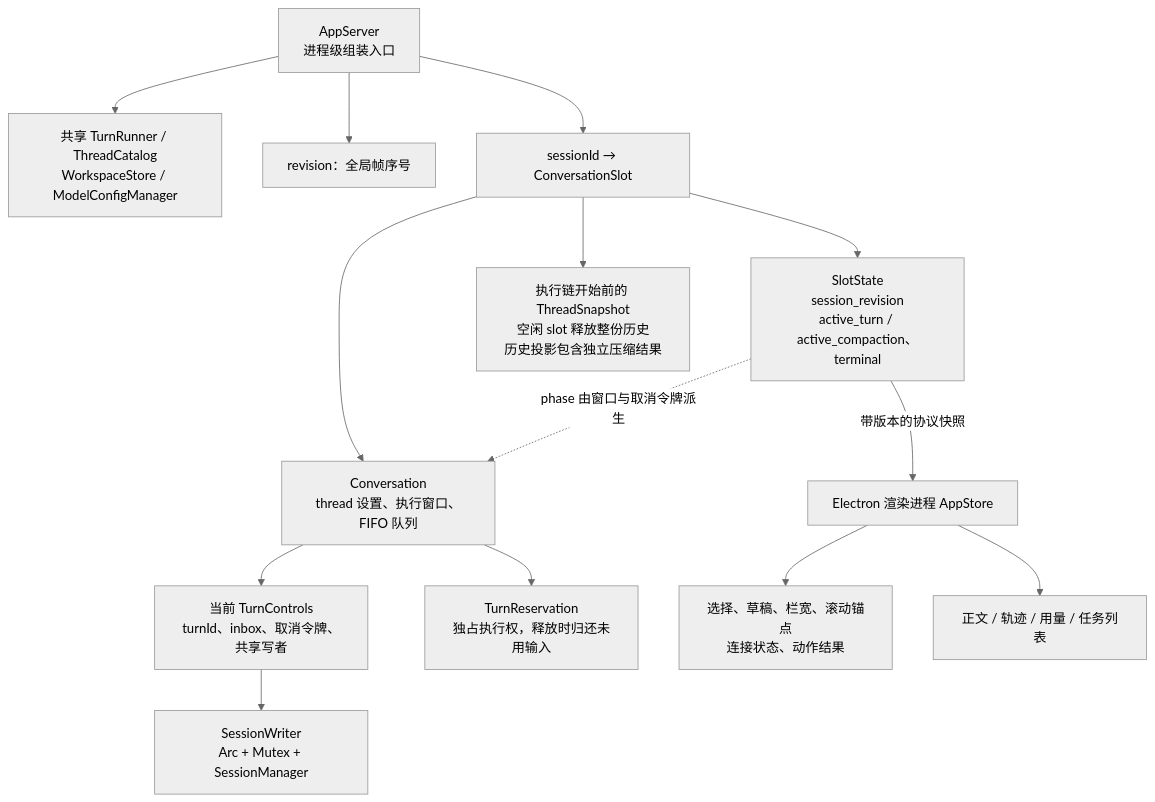
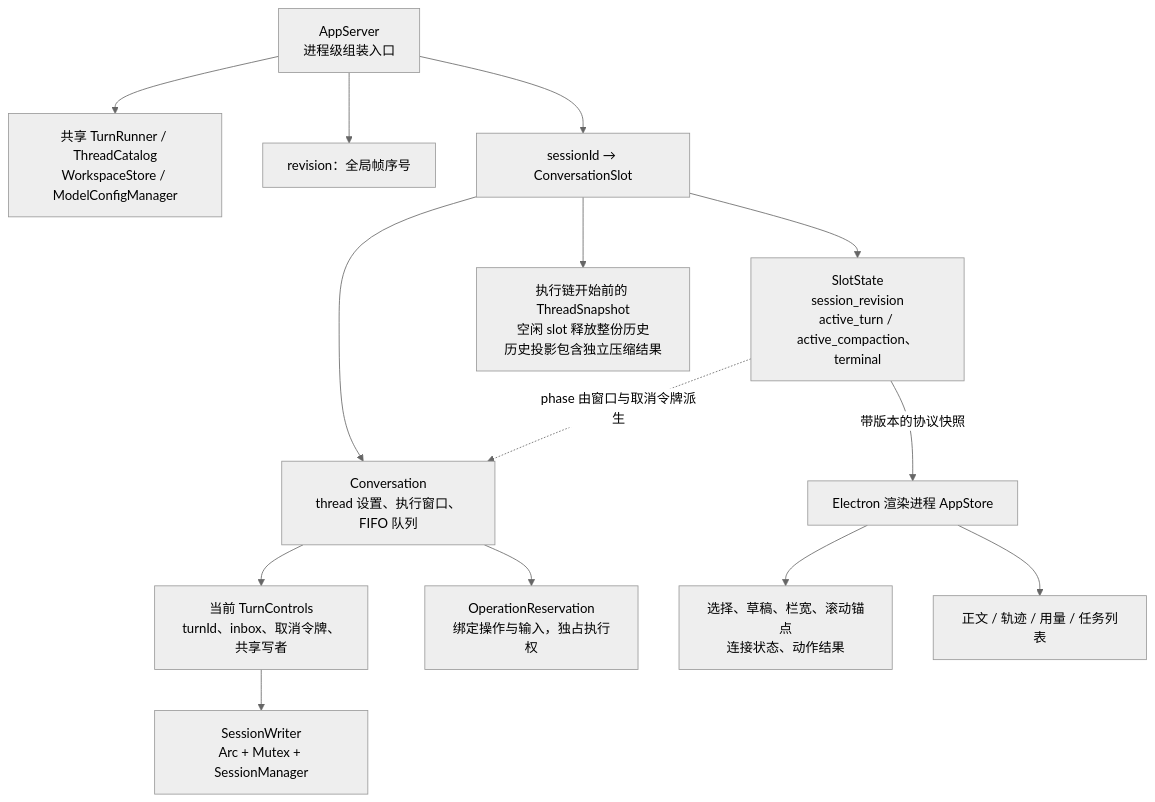
The fifth of 29 diagrams in docs/architecture.md (qjcnmd/singularity-agent), drawn with Mermaid (neutral theme) before and after one commit. The commit also changed other lines of this file and 38 other files, not shown here.

````diff
--- a/docs/architecture.md
+++ b/docs/architecture.md
@@ -139,16 +139,16 @@
 ```mermaid
 flowchart TB
     WB["AppServer<br/>进程级组装入口"] --> Shared["共享 TurnRunner / ThreadCatalog<br/>WorkspaceStore / ModelConfigManager"]
     WB --> Order["revision：全局帧序号"]
     WB --> Slots["sessionId → ConversationSlot"]
     Slots --> Conv["Conversation<br/>thread 设置、执行窗口、FIFO 队列"]
     Slots --> Projection["SlotState<br/>session_revision<br/>active_turn / active_compaction、terminal"]
     Slots --> Stable["执行链开始前的 ThreadSnapshot<br/>空闲 slot 释放整份历史<br/>历史投影包含独立压缩结果"]
     Conv --> Running["当前 TurnControls<br/>turnId、inbox、取消令牌、共享写者"]
-    Conv --> Reservation["TurnReservation<br/>独占执行权，释放时归还未用输入"]
+    Conv --> Reservation["OperationReservation<br/>绑定操作与输入，独占执行权"]
     Running --> Writer["SessionWriter<br/>Arc + Mutex + SessionManager"]
     Projection -. "phase 由窗口与取消令牌派生" .-> Conv
     Projection -->|"带版本的协议快照"| Store["Electron 渲染进程 AppStore"]
     Store --> UIState["选择、草稿、栏宽、滚动锚点<br/>连接状态、动作结果"]
     Store --> Views["正文 / 轨迹 / 用量 / 任务列表"]
 ```
````
